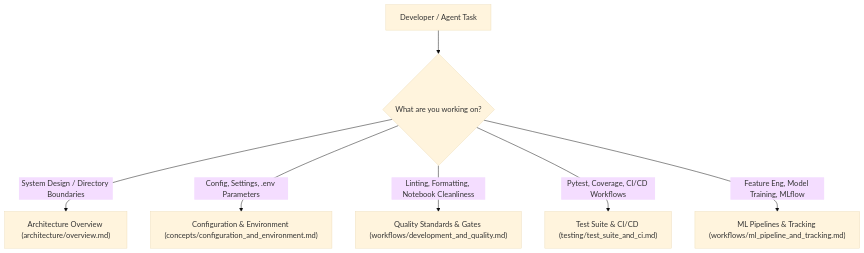
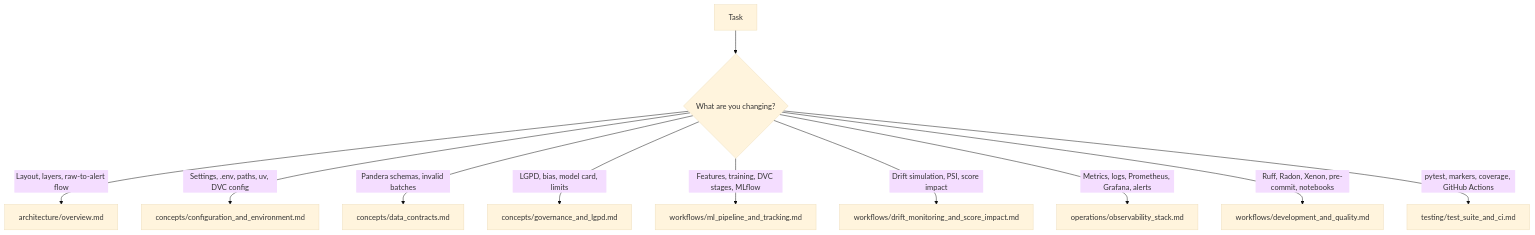
One commit to PosTech9MLET/tech-challenge-fase-4 changed the diagram in openwiki/quickstart.md. Above: the diagram before and after it, drawn with Mermaid (base theme). The commit also changed other lines of this file and 27 other files, not shown here.

````diff
--- a/openwiki/quickstart.md
+++ b/openwiki/quickstart.md
@@ -41,10 +52,13 @@
 ```mermaid
 flowchart TD
-    Start["Developer / Agent Task"] --> Choice{"What are you working on?"}
-
-    Choice -->|"System Design / Directory Boundaries"| Arch["Architecture Overview (architecture/overview.md)"]
-    Choice -->|"Config, Settings, .env Parameters"| Config["Configuration & Environment (concepts/configuration_and_environment.md)"]
-    Choice -->|"Linting, Formatting, Notebook Cleanliness"| Quality["Quality Standards & Gates (workflows/development_and_quality.md)"]
-    Choice -->|"Pytest, Coverage, CI/CD Workflows"| Testing["Test Suite & CI/CD (testing/test_suite_and_ci.md)"]
-    Choice -->|"Feature Eng, Model Training, MLflow"| ML["ML Pipelines & Tracking (workflows/ml_pipeline_and_tracking.md)"]
+    Start["Task"] --> Q{"What are you changing?"}
+    Q -->|"Layout, layers, raw-to-alert flow"| Arch["architecture/overview.md"]
+    Q -->|"Settings, .env, paths, uv, DVC config"| Cfg["concepts/configuration_and_environment.md"]
+    Q -->|"Pandera schemas, invalid batches"| Contracts["concepts/data_contracts.md"]
+    Q -->|"LGPD, bias, model card, limits"| Gov["concepts/governance_and_lgpd.md"]
+    Q -->|"Features, training, DVC stages, MLflow"| ML["workflows/ml_pipeline_and_tracking.md"]
+    Q -->|"Drift simulation, PSI, score impact"| Drift["workflows/drift_monitoring_and_score_impact.md"]
+    Q -->|"Metrics, logs, Prometheus, Grafana, alerts"| Obs["operations/observability_stack.md"]
+    Q -->|"Ruff, Radon, Xenon, pre-commit, notebooks"| Quality["workflows/development_and_quality.md"]
+    Q -->|"pytest, markers, coverage, GitHub Actions"| Tests["testing/test_suite_and_ci.md"]
 ```
````
